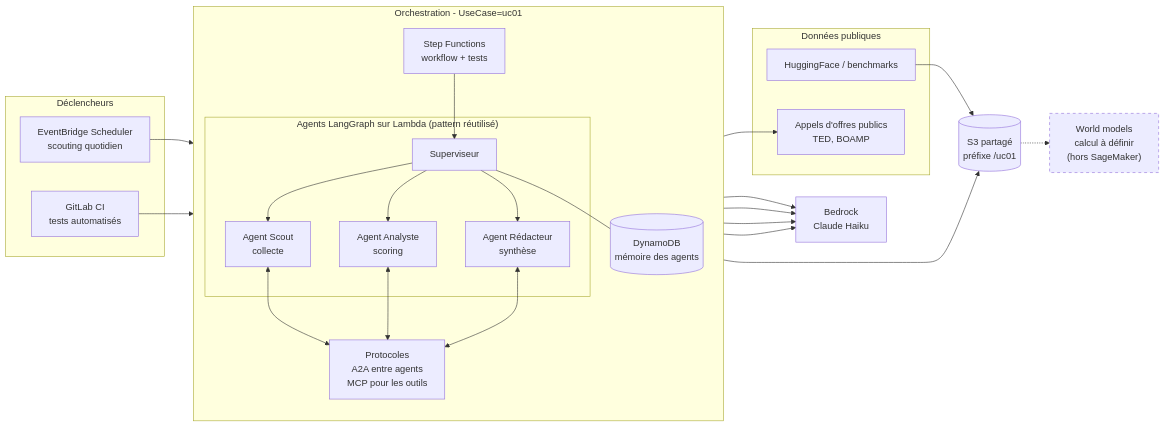
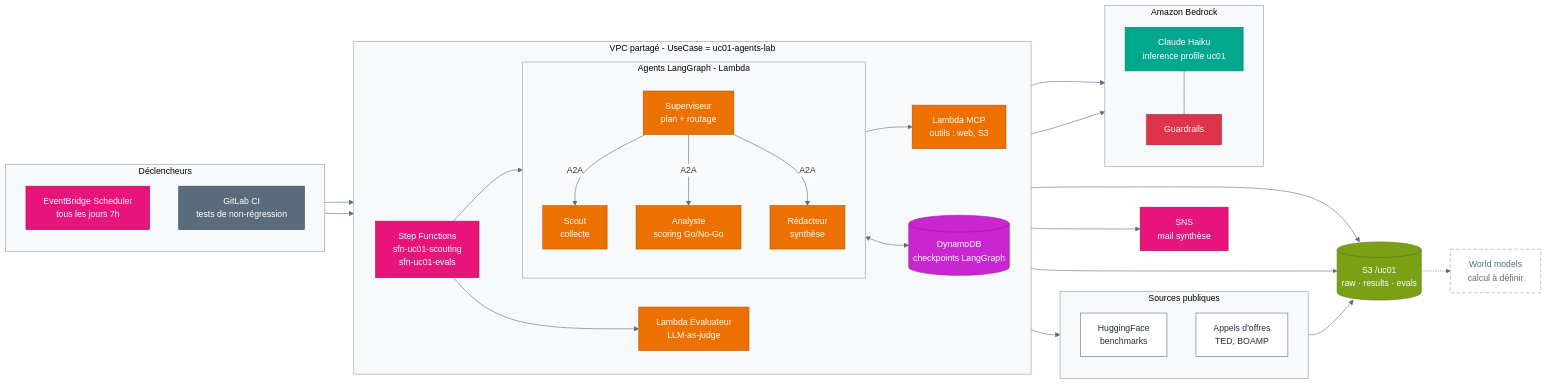
The diagram in docs/diagrams/01-besoin1-agents-lab.mmd (aymane-benchhab/aymane-benchhab), drawn with Mermaid before and after one commit. The commit also changed 11 other files, not shown here.

First line of the commit message:
Add per-need resources and benchmark doc with restyled diagrams

```diff
--- a/docs/diagrams/01-besoin1-agents-lab.mmd
+++ b/docs/diagrams/01-besoin1-agents-lab.mmd
@@ -1,41 +1,65 @@
+%%{init: {'theme':'base','themeVariables':{'fontFamily':'Arial','fontSize':'15px','primaryColor':'#ffffff','clusterBkg':'#F7F9FB','clusterBorder':'#8C9BAB','lineColor':'#5A6B7B'}}}%%
 flowchart LR
-  subgraph SRC["Données publiques"]
-    HF["HuggingFace / benchmarks"]
-    AO["Appels d'offres publics<br/>TED, BOAMP"]
+  subgraph SRC["Sources publiques"]
+    direction TB
+    HF["HuggingFace<br/>benchmarks"]:::ext
+    AO["Appels d'offres<br/>TED, BOAMP"]:::ext
   end
 
   subgraph TRIG["Déclencheurs"]
-    SCH["EventBridge Scheduler<br/>scouting quotidien"]
-    TST["GitLab CI<br/>tests automatisés"]
+    direction TB
+    SCH["EventBridge Scheduler<br/>tous les jours 7h"]:::integ
+    CI["GitLab CI<br/>tests de non-régression"]:::mgmt
   end
 
-  subgraph ORCH["Orchestration  -  UseCase=uc01"]
-    direction TB
-    SFN["Step Functions<br/>workflow + tests"]
-    subgraph AG["Agents LangGraph sur Lambda  (pattern réutilisé)"]
-      SUP["Superviseur"]
-      SC["Agent Scout<br/>collecte"]
-      AN["Agent Analyste<br/>scoring"]
-      RD["Agent Rédacteur<br/>synthèse"]
+  subgraph VPC["VPC partagé  -  UseCase = uc01-agents-lab"]
+    direction LR
+    SFN["Step Functions<br/>sfn-uc01-scouting<br/>sfn-uc01-evals"]:::integ
+
+    subgraph AG["Agents LangGraph  -  Lambda"]
+      direction TB
+      SUP["Superviseur<br/>plan + routage"]:::compute
+      SC["Scout<br/>collecte"]:::compute
+      AN["Analyste<br/>scoring Go/No-Go"]:::compute
+      RD["Rédacteur<br/>synthèse"]:::compute
     end
-    PROTO["Protocoles<br/>A2A entre agents<br/>MCP pour les outils"]
-    DDB[("DynamoDB<br/>mémoire des agents")]
+
+    MCP["Lambda MCP<br/>outils : web, S3"]:::compute
+    EV["Lambda Évaluateur<br/>LLM-as-judge"]:::compute
+    DDB[("DynamoDB<br/>checkpoints LangGraph")]:::db
   end
 
-  BR["Bedrock<br/>Claude Haiku"]
-  S3[("S3 partagé<br/>préfixe /uc01")]
-  WM["World models<br/>calcul à définir<br/>(hors SageMaker)"]
+  subgraph BR["Amazon Bedrock"]
+    direction TB
+    HK["Claude Haiku<br/>inference profile uc01"]:::ai
+    GR["Guardrails"]:::sec
+  end
+
+  S3[("S3 /uc01<br/>raw · results · evals")]:::storage
+  SNS["SNS<br/>mail synthèse"]:::integ
+  WM["World models<br/>calcul à définir"]:::todo
 
   SCH --> SFN
-  TST --> SFN
+  CI --> SFN
   SFN --> SUP
-  SUP --> SC & AN & RD
-  SC & AN & RD <--> PROTO
-  SC --> AO
-  SUP --- DDB
-  SUP & SC & AN & RD --> BR
+  SUP -- "A2A" --> SC & AN & RD
+  SC --> MCP --> AO
+  SUP <--> DDB
+  AG --> HK
+  HK --- GR
+  SFN --> EV --> HK
+  RD --> S3
+  EV --> S3
   HF --> S3
-  RD --> S3
+  RD --> SNS
   S3 -.-> WM
 
-  style WM stroke-dasharray: 5 5
+  classDef compute fill:#ED7100,stroke:#B35500,color:#fff
+  classDef integ fill:#E7157B,stroke:#A80F59,color:#fff
+  classDef ai fill:#01A88D,stroke:#017A66,color:#fff
+  classDef db fill:#C925D1,stroke:#8F1A95,color:#fff
+  classDef storage fill:#7AA116,stroke:#577311,color:#fff
+  classDef sec fill:#DD344C,stroke:#A3263A,color:#fff
+  classDef mgmt fill:#5A6B7B,stroke:#3B4753,color:#fff
+  classDef ext fill:#ffffff,stroke:#5A6B7B,color:#232F3E
+  classDef todo fill:#ffffff,stroke:#8C9BAB,color:#5A6B7B,stroke-dasharray:6 4
```
